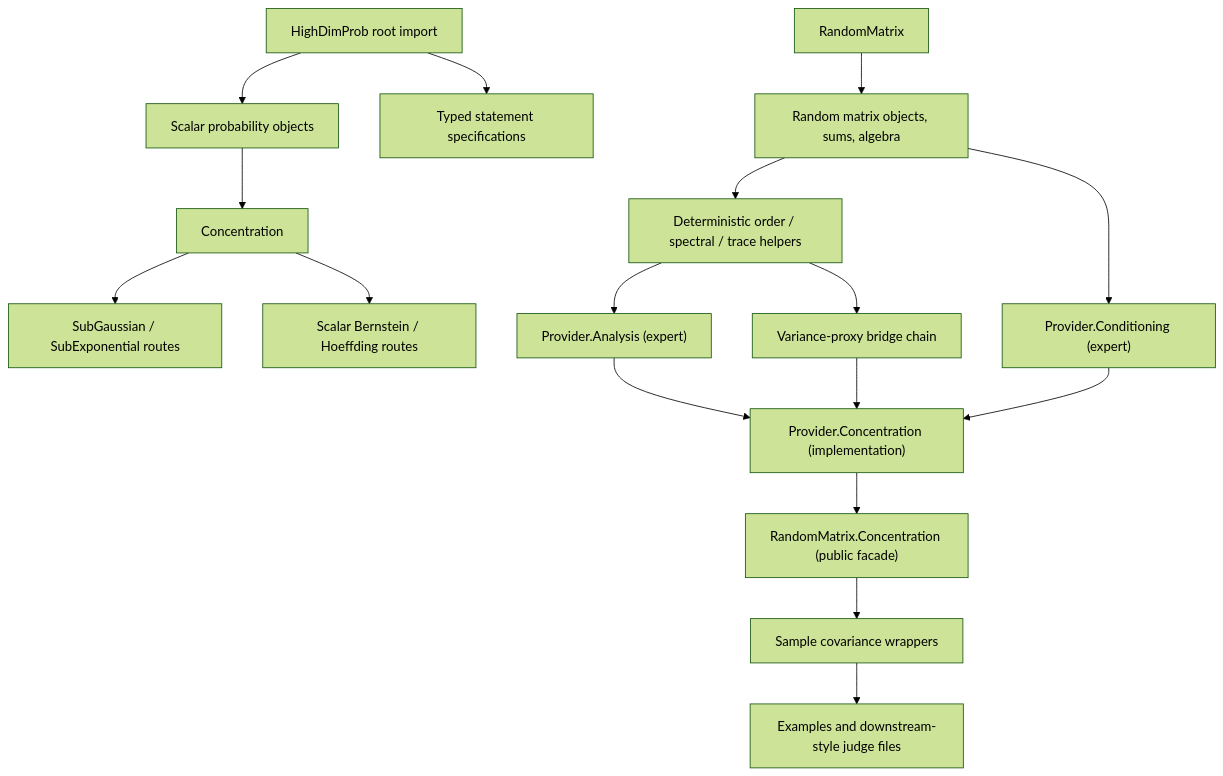
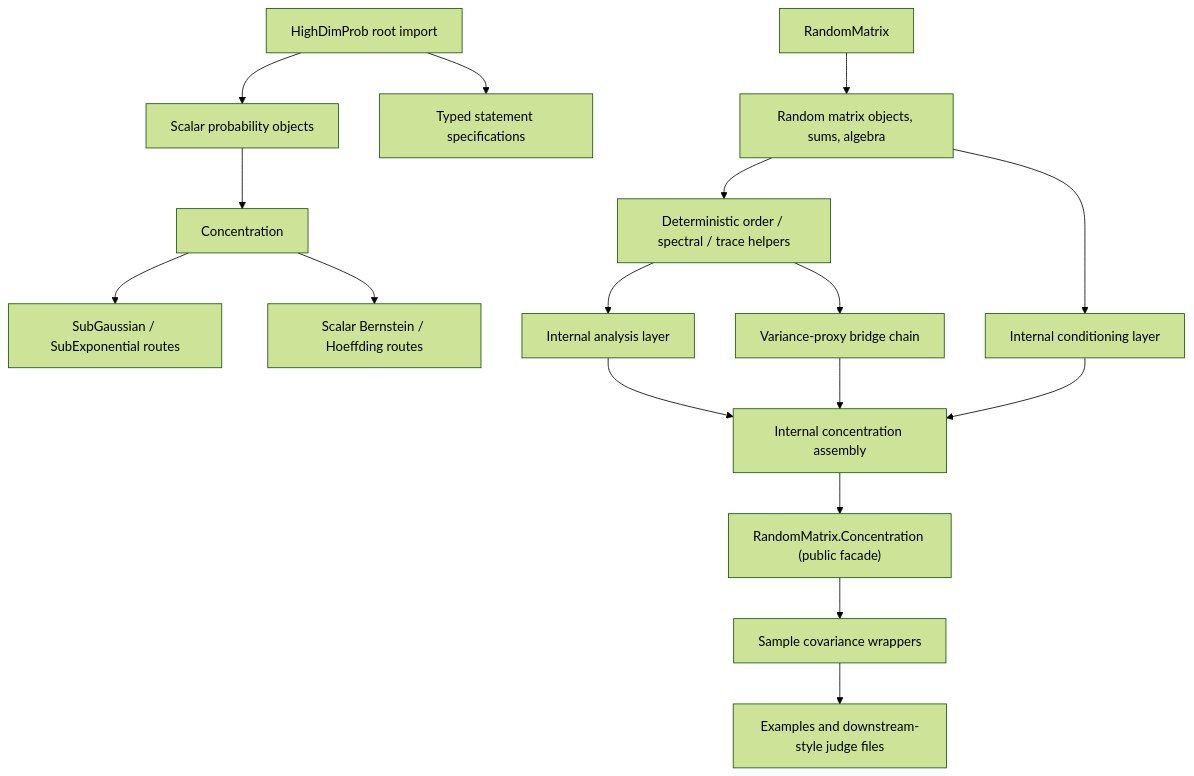
One commit to dududuguo/HighDimProb changed the diagram in docs/user/APIOverview.md. Above: the diagram before and after it, drawn with Mermaid (forest theme). The commit also changed other lines of this file and 25 other files, not shown here.

````diff
--- a/docs/user/APIOverview.md
+++ b/docs/user/APIOverview.md
@@ -61,21 +54,21 @@
 ```mermaid
 flowchart TD
   Root["HighDimProb root import"] --> Scalar["Scalar probability objects"]
   Root --> Statements["Typed statement specifications"]
 
   Scalar --> Conc["Concentration"]
   Conc --> SG["SubGaussian / SubExponential routes"]
   Conc --> Bern["Scalar Bernstein / Hoeffding routes"]
 
   RM["RandomMatrix"] --> RMObj["Random matrix objects, sums, algebra"]
   RMObj --> Det["Deterministic order / spectral / trace helpers"]
-  Det --> Analytic["Provider.Analysis (expert)"]
-  RMObj --> Cond["Provider.Conditioning (expert)"]
+  Det --> Analytic["Internal analysis layer"]
+  RMObj --> Cond["Internal conditioning layer"]
   Det --> VP["Variance-proxy bridge chain"]
-  Analytic --> MB["Provider.Concentration (implementation)"]
+  Analytic --> MB["Internal concentration assembly"]
   Cond --> MB
   VP --> MB
   MB --> PublicConc["RandomMatrix.Concentration (public facade)"]
   PublicConc --> SCov["Sample covariance wrappers"]
   SCov --> Ex["Examples and downstream-style judge files"]
 ```
````
